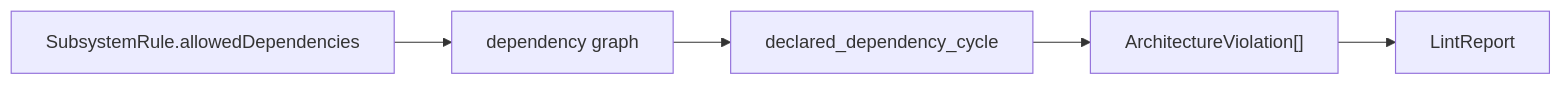
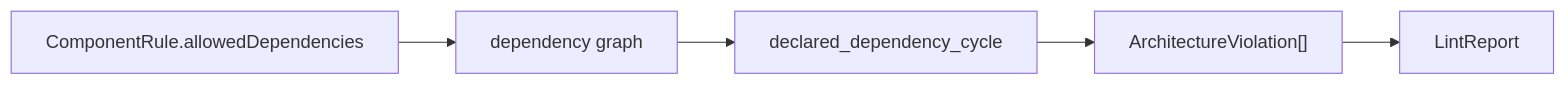
One commit to RoyalPineapple/BumperBowling changed the fifth of 9 diagrams in docs/ARCHITECTURE_SNAPSHOT.md. Above: the diagram before and after it, drawn with Mermaid. The commit also changed other lines of this file and 41 other files, not shown here.

````diff
--- a/docs/ARCHITECTURE_SNAPSHOT.md
+++ b/docs/ARCHITECTURE_SNAPSHOT.md
@@ -72,7 +72,7 @@
 ```mermaid
 flowchart LR
-    Dependencies["SubsystemRule.allowedDependencies"] --> Graph["dependency graph"]
+    Dependencies["ComponentRule.allowedDependencies"] --> Graph["dependency graph"]
     Graph --> DeclaredDependencyCycle["declared_dependency_cycle"]
     DeclaredDependencyCycle --> Findings["ArchitectureViolation[]"]
     Findings --> Report["LintReport"]
 ```
````
